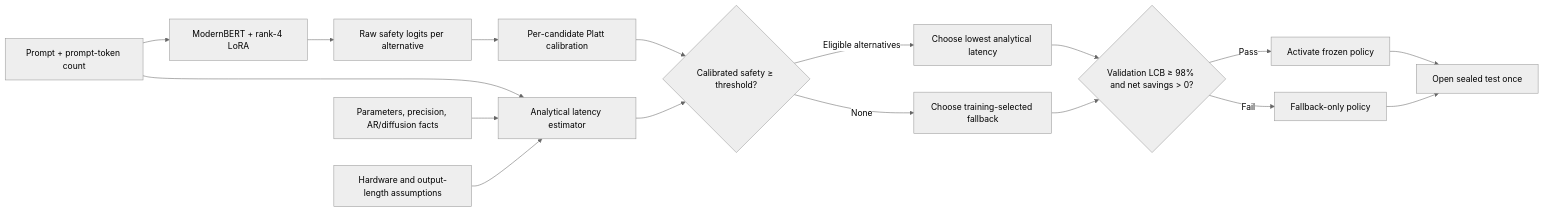
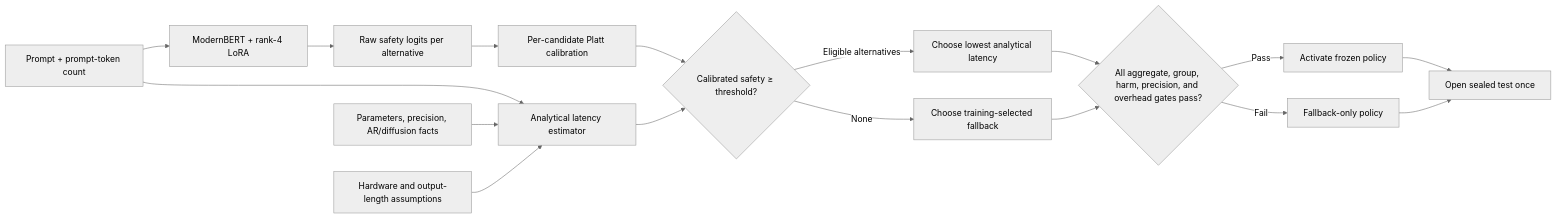
Before and after one commit to BrunoVitti96/LLM-router: the diagram in README.md, drawn with Mermaid (neutral theme). The commit also changed other lines of this file and 10 other files, not shown here.

````diff
--- a/README.md
+++ b/README.md
@@ -68,19 +110,19 @@
 ```mermaid
 flowchart LR
     P["Prompt + prompt-token count"] --> M["ModernBERT + rank-4 LoRA"]
     M --> R["Raw safety logits per alternative"]
     R --> C["Per-candidate Platt calibration"]
     P --> T["Analytical latency estimator"]
     F["Parameters, precision, AR/diffusion facts"] --> T
     H["Hardware and output-length assumptions"] --> T
     C --> E{"Calibrated safety ≥ threshold?"}
     T --> E
     E -->|"Eligible alternatives"| A["Choose lowest analytical latency"]
     E -->|"None"| B["Choose training-selected fallback"]
-    A --> G{"Validation LCB ≥ 98% and net savings > 0?"}
+    A --> G{"All aggregate, group, harm, precision, and overhead gates pass?"}
     B --> G
     G -->|"Pass"| D["Activate frozen policy"]
     G -->|"Fail"| X["Fallback-only policy"]
     D --> S["Open sealed test once"]
     X --> S
 ```
````
